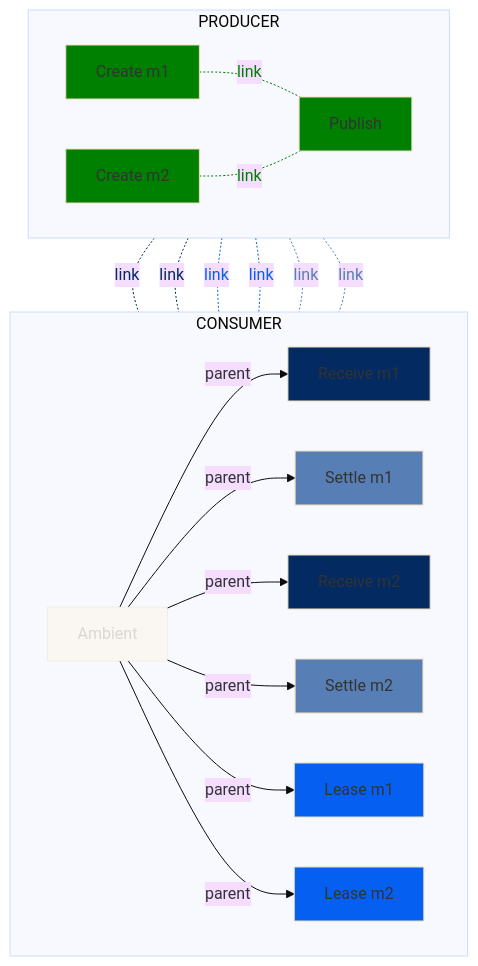
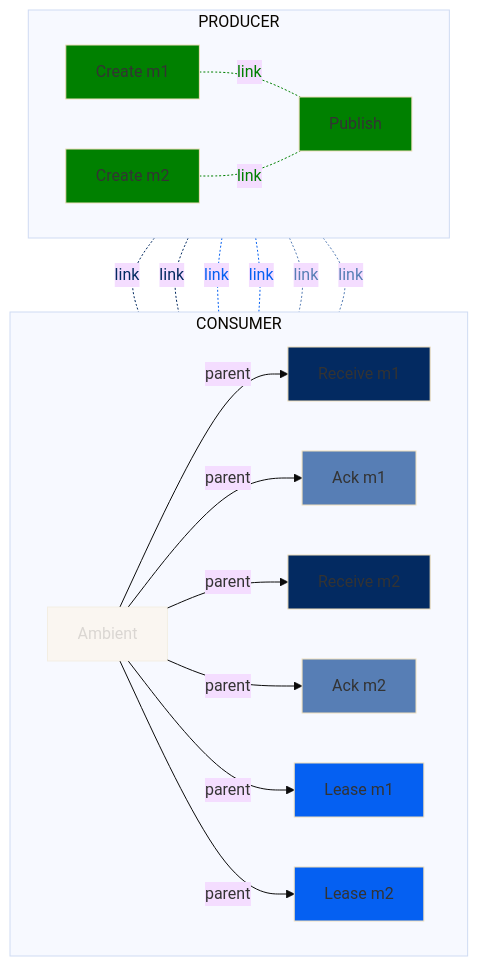
The third of 29 diagrams in docs/messaging/gcp-pubsub.md (alevenberg/semantic-conventions), drawn with Mermaid (base theme) before and after one commit. The commit also changed other lines of this file, not shown here.

Commit message:
wip, change to ack/modack

````diff
--- a/docs/messaging/gcp-pubsub.md
+++ b/docs/messaging/gcp-pubsub.md
@@ -122,70 +122,70 @@
 ```mermaid
 flowchart TD;
   subgraph CONSUMER
   direction LR
     A[Ambient]
   RM1[Receive m1]
-  SM1[Settle m1]
+  SM1[Ack m1]
   LM1[Lease m1]
    RM2[Receive m2]
-  SM2[Settle m2]
+  SM2[Ack m2]
   LM2[Lease m2]  
   %% Link 0 
    A-- parent -->RM1
   %% Link 1
    A-- parent -->SM1
    %% Link 2 
    A-- parent -->RM2
    %% Link 3 
   A-- parent -->SM2
      %% Link 4
    A-- parent -->LM1
    %% Link 5
   A-- parent -->LM2
 
   end
   subgraph PRODUCER
   direction LR
   CM1[Create m1]
   CM2[Create m2]
   P[Publish]
   end
    %% Link 6 
 CM1-. link .-P;
    %% Link 7 
   CM2-. link .-P;
     %% Link 8 
  CM1-. link .-RM1;
     %% Link 9
  CM2-. link .-RM2;
        %% Link 10
  CM1-. link .-LM1
     %% Link 11
  CM2-. link .-LM2
      %% Link 12
  CM1-. link .-SM1;
    %% Link 13
   CM2-. link .-SM2;
 
   %% Style the node and corresponding link
   %% Producer links and nodes
   classDef producer fill:green
   class P,CM1,CM2 producer
   linkStyle 7,6 color:green,stroke:green
 
   %% Consumer links and nodes
   classDef consumer fill:#032a61
   class RM1,RM2 consumer
   linkStyle 8,9 color:#032a61,stroke:#032a61
 
   classDef lease fill:#0560f2
   class LM1,LM2 lease
   linkStyle 10,11 color:#0560f2,stroke:#0560f2
 
   classDef ack fill:#577eb5
   class SM1,SM2 ack
   linkStyle 12,13 color:#577eb5,stroke:#577eb5
 
   classDef additional opacity:0.4
   class A additional
 ```
````
